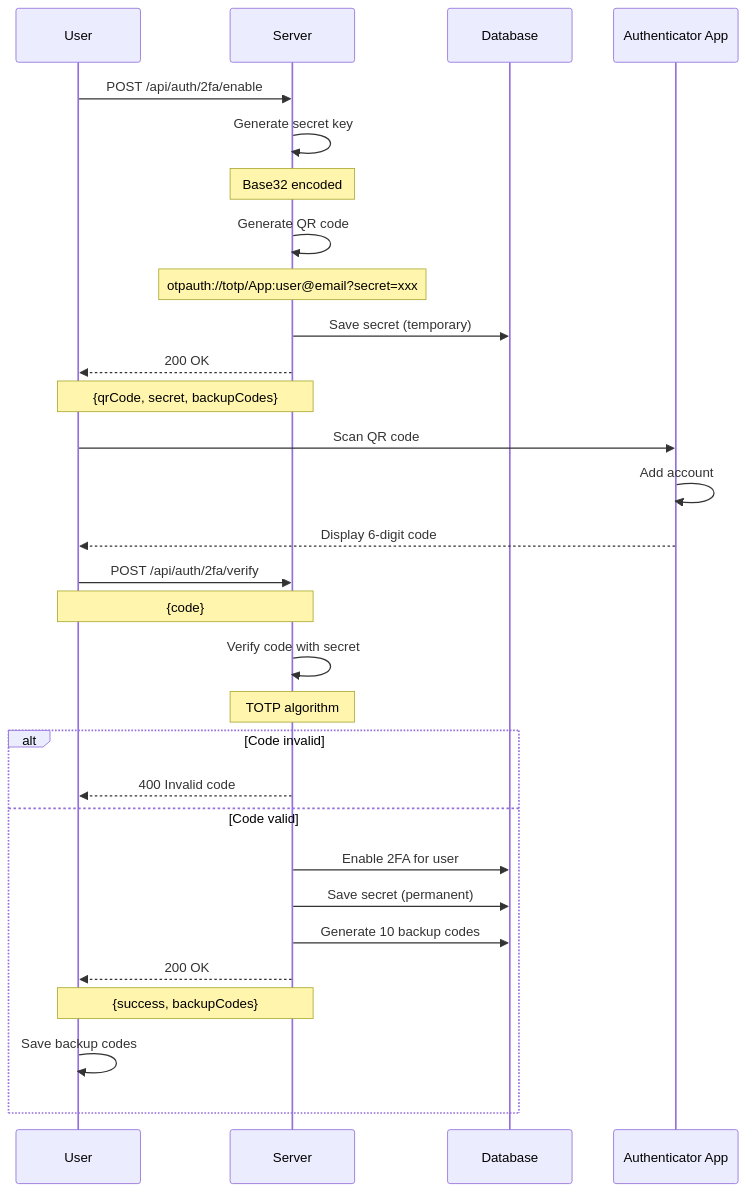
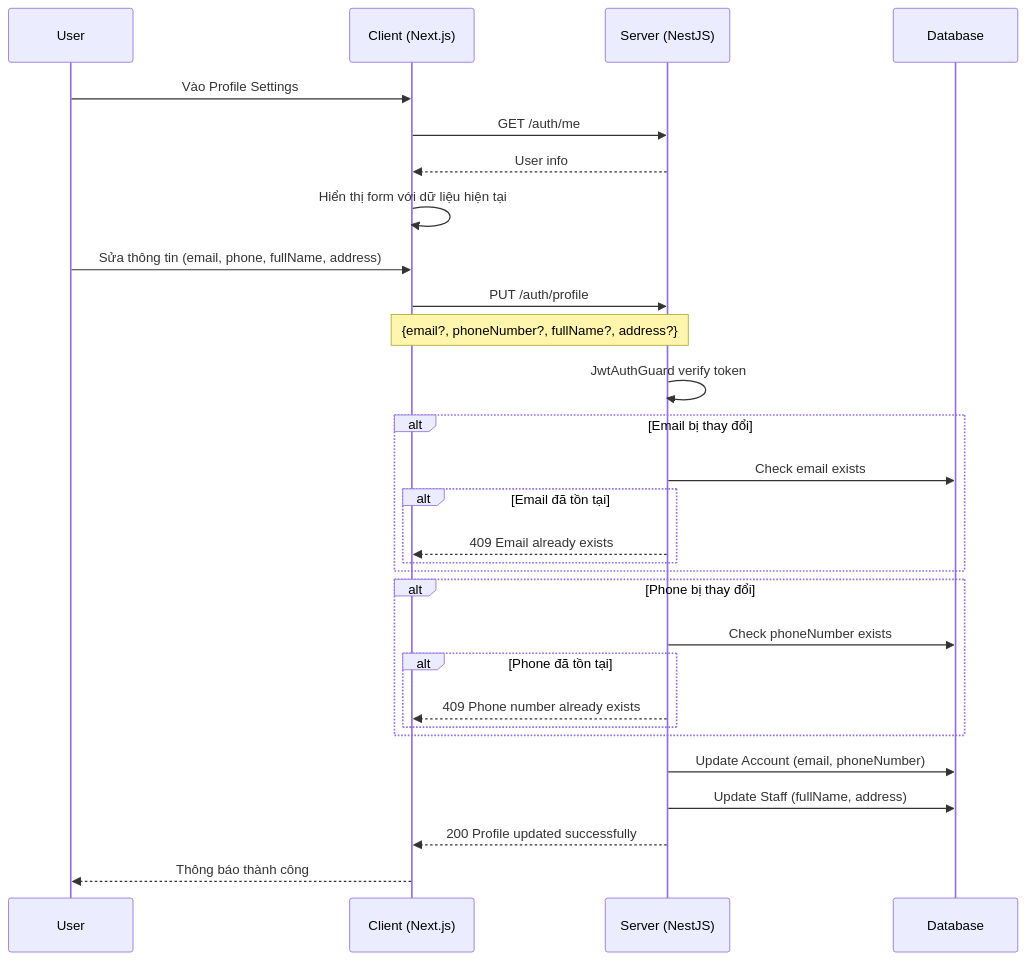
Before and after one commit to huy1235588/restaurant-management: the ninth of 12 diagrams in docs/diagrams/AUTHENTICATION_MANAGEMENT_DIAGRAMS.md, drawn with Mermaid. The commit also changed other lines of this file and 18 other files, not shown here.

Commit message:
Update documentation for Order Management, Reservation Management, and Staff Management modules to reflect real-world implementation as of June 2025. Enhance data structures, API endpoints, and feature descriptions while noting future development plans and integration details.

````diff
--- a/docs/diagrams/AUTHENTICATION_MANAGEMENT_DIAGRAMS.md
+++ b/docs/diagrams/AUTHENTICATION_MANAGEMENT_DIAGRAMS.md
@@ -372,43 +294,38 @@
 ```mermaid
 sequenceDiagram
     participant U as User
-    participant S as Server
+    participant C as Client (Next.js)
+    participant S as Server (NestJS)
     participant DB as Database
-    participant A as Authenticator App
     
-    U->>S: POST /api/auth/2fa/enable
+    U->>C: Vào Profile Settings
+    C->>S: GET /auth/me
+    S-->>C: User info
+    C->>C: Hiển thị form với dữ liệu hiện tại
     
-    S->>S: Generate secret key
-    Note over S: Base32 encoded
+    U->>C: Sửa thông tin (email, phone, fullName, address)
+    C->>S: PUT /auth/profile
+    Note over C,S: {email?, phoneNumber?, fullName?, address?}
     
-    S->>S: Generate QR code
-    Note over S: otpauth://totp/App:user@email?secret=xxx
+    S->>S: JwtAuthGuard verify token
     
-    S->>DB: Save secret (temporary)
+    alt Email bị thay đổi
+        S->>DB: Check email exists
+        alt Email đã tồn tại
+            S-->>C: 409 Email already exists
+        end
+    end
     
-    S-->>U: 200 OK
-    Note over S,U: {qrCode, secret, backupCodes}
+    alt Phone bị thay đổi
+        S->>DB: Check phoneNumber exists
+        alt Phone đã tồn tại
+            S-->>C: 409 Phone number already exists
+        end
+    end
     
-    U->>A: Scan QR code
-    A->>A: Add account
-    A-->>U: Display 6-digit code
+    S->>DB: Update Account (email, phoneNumber)
+    S->>DB: Update Staff (fullName, address)
     
-    U->>S: POST /api/auth/2fa/verify
-    Note over U,S: {code}
-    
-    S->>S: Verify code with secret
-    Note over S: TOTP algorithm
-    
-    alt Code invalid
-        S-->>U: 400 Invalid code
-    else Code valid
-        S->>DB: Enable 2FA for user
-        S->>DB: Save secret (permanent)
-        S->>DB: Generate 10 backup codes
-        
-        S-->>U: 200 OK
-        Note over S,U: {success, backupCodes}
-        
-        U->>U: Save backup codes
-    end
+    S-->>C: 200 Profile updated successfully
+    C-->>U: Thông báo thành công
 ```
````
